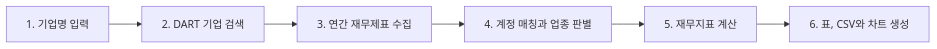
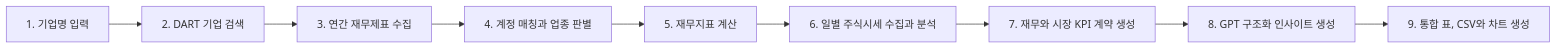
Before and after one commit to David9733/financial_analysis: the diagram in README.md, drawn with Mermaid. The commit also changed other lines of this file and 28 other files, not shown here.

````diff
--- a/README.md
+++ b/README.md
@@ -58,8 +62,11 @@
 ```mermaid
 graph LR
     A["1. 기업명 입력"] --> B["2. DART 기업 검색"]
     B --> C["3. 연간 재무제표 수집"]
     C --> D["4. 계정 매칭과 업종 판별"]
     D --> E["5. 재무지표 계산"]
-    E --> F["6. 표, CSV와 차트 생성"]
+    E --> F["6. 일별 주식시세 수집과 분석"]
+    F --> G["7. 재무와 시장 KPI 계약 생성"]
+    G --> H["8. GPT 구조화 인사이트 생성"]
+    H --> I["9. 통합 표, CSV와 차트 생성"]
 ```
````
